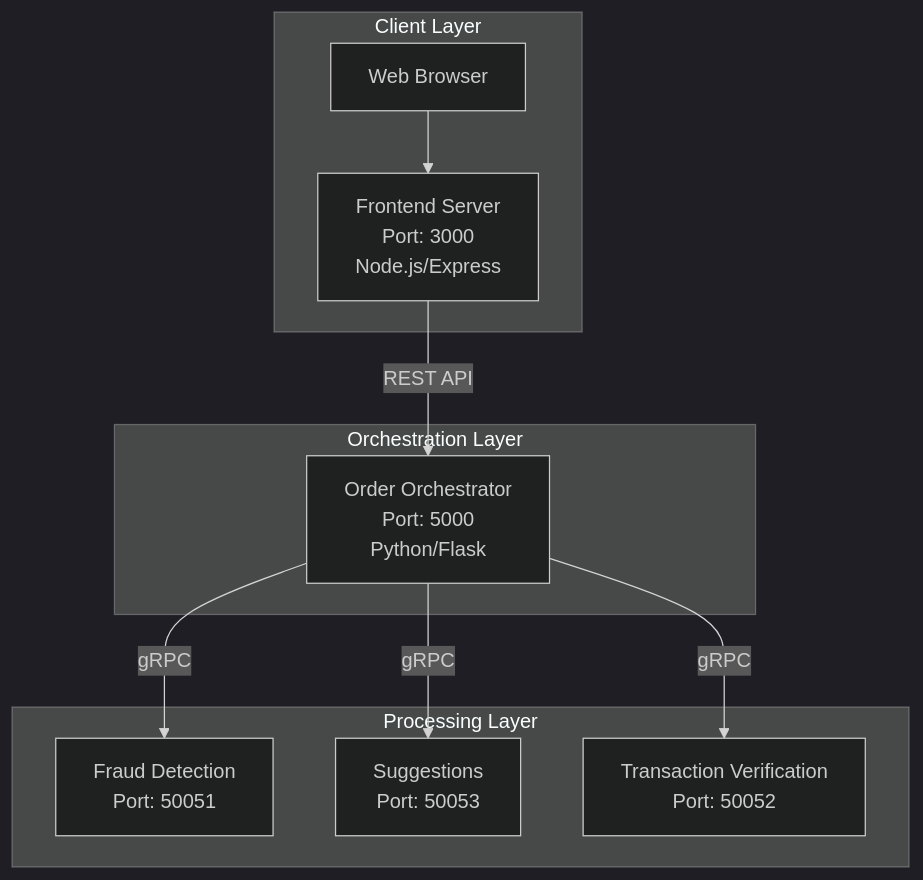
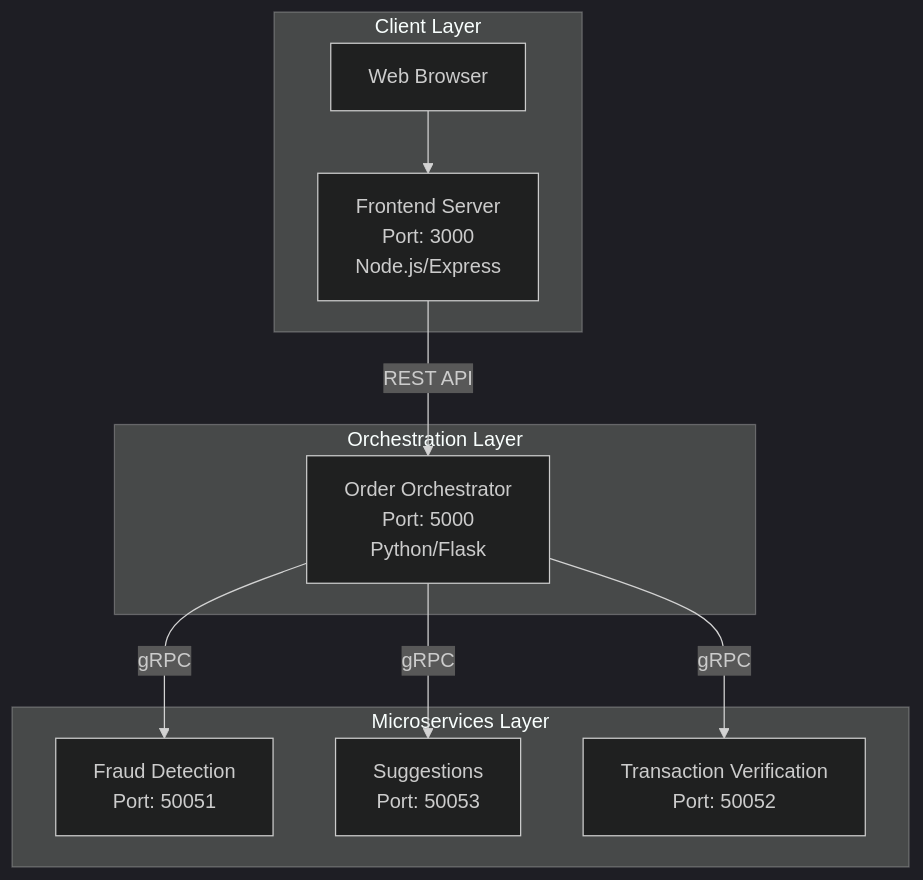
The diagram in README.md (mharisirfan/ds-practice-2025), drawn with Mermaid (dark theme) before and after one commit.

Commit message:
Rename Processing Layer to Microservices Layer

````diff
--- a/README.md
+++ b/README.md
@@ -10,15 +10,15 @@
 ```mermaid
 graph TD
     subgraph "Client Layer"
         A[Web Browser] --> B[Frontend Server<br/>Port: 3000<br/>Node.js/Express]
     end 
     subgraph "Orchestration Layer"
         B -->|REST API| C[Order Orchestrator<br/>Port: 5000<br/>Python/Flask]
     end    
-    subgraph "Processing Layer"
+    subgraph "Microservices Layer"
         C -->|gRPC| D[Fraud Detection<br/>Port: 50051]
         C -->|gRPC| E[Suggestions<br/>Port: 50053]
         C -->|gRPC| F[Transaction Verification<br/>Port: 50052]
     end
 
 ```
````
